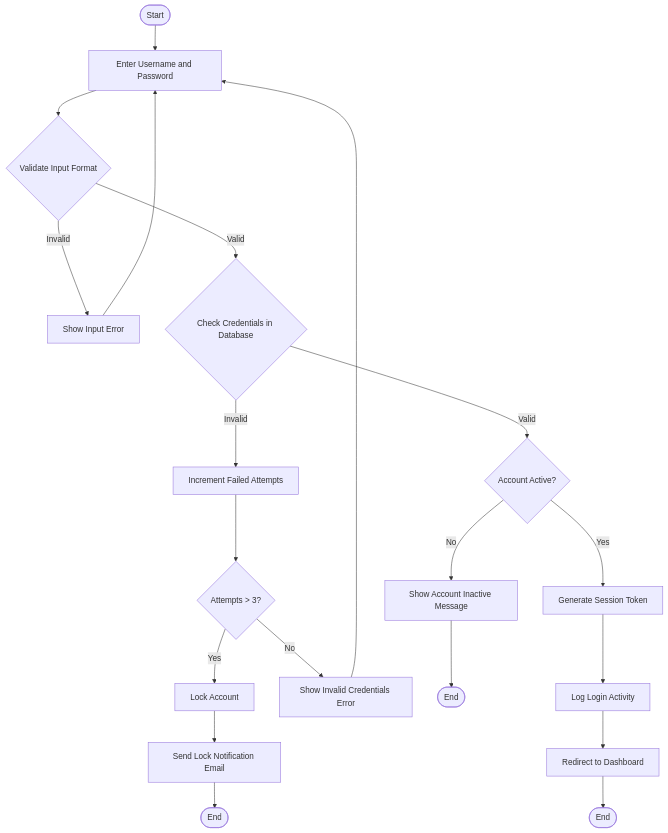
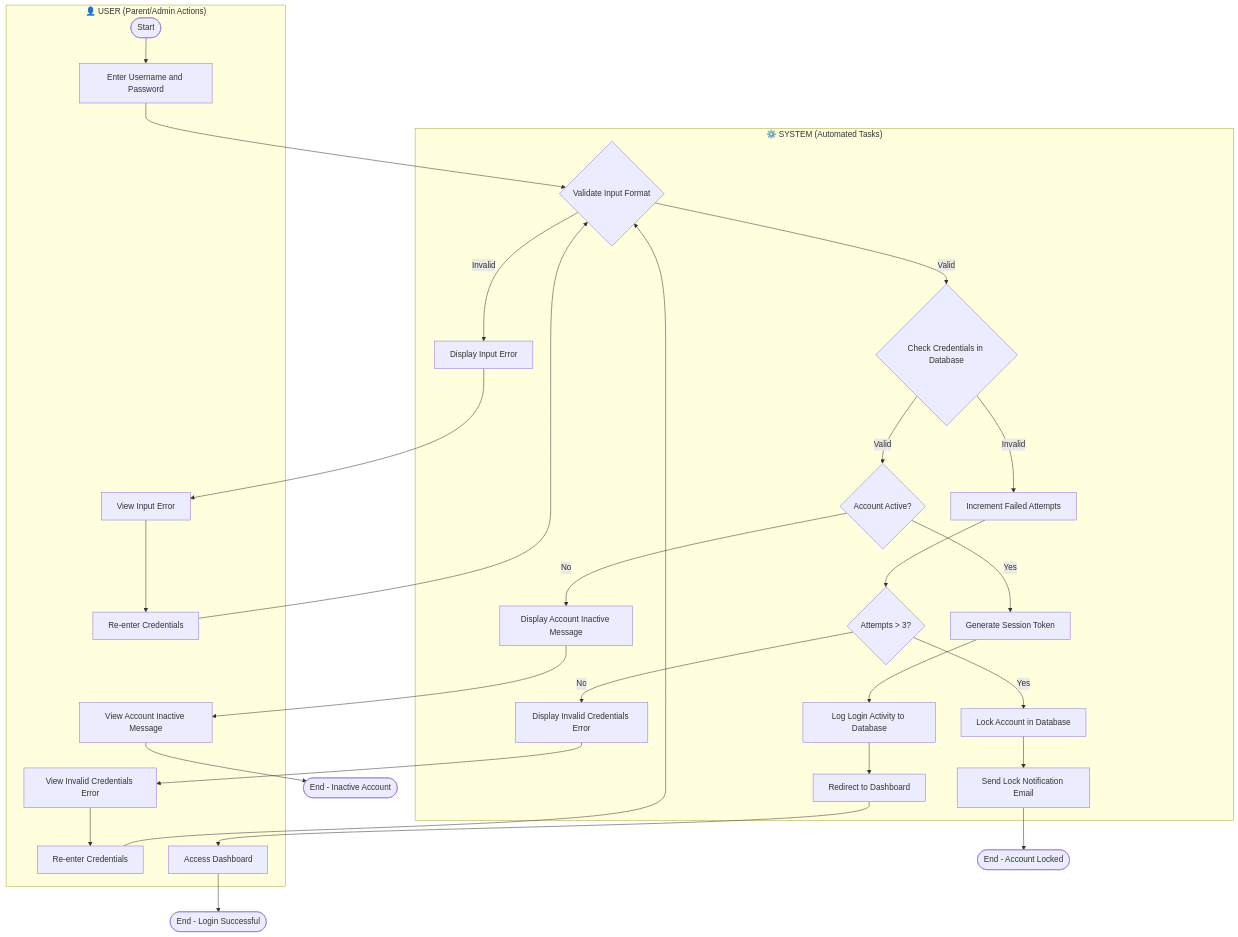
One commit to TongYwen/childfyp5 changed the seventh of 18 diagrams in diagrams.md. Above: the diagram before and after it, drawn with Mermaid. The commit also changed other lines of this file, not shown here.

First line of the commit message:
Add swimlanes to all activity diagrams (4.2.1-4.2.6) to distinguish user vs system tasks

````diff
--- a/diagrams.md
+++ b/diagrams.md
@@ -253,22 +253,59 @@
 ```mermaid
 flowchart TD
-    Start([Start]) --> EnterCredentials[Enter Username and Password]
-    EnterCredentials --> ValidateInput{Validate Input Format}
-    ValidateInput -->|Invalid| ShowError1[Show Input Error]
-    ShowError1 --> EnterCredentials
-    ValidateInput -->|Valid| CheckCredentials{Check Credentials in Database}
-    CheckCredentials -->|Invalid| IncrementAttempts[Increment Failed Attempts]
-    IncrementAttempts --> CheckAttempts{Attempts > 3?}
-    CheckAttempts -->|Yes| LockAccount[Lock Account]
-    LockAccount --> SendLockNotification[Send Lock Notification Email]
-    SendLockNotification --> End1([End])
-    CheckAttempts -->|No| ShowError2[Show Invalid Credentials Error]
-    ShowError2 --> EnterCredentials
-    CheckCredentials -->|Valid| CheckAccountStatus{Account Active?}
-    CheckAccountStatus -->|No| ShowInactive[Show Account Inactive Message]
-    ShowInactive --> End2([End])
-    CheckAccountStatus -->|Yes| GenerateToken[Generate Session Token]
-    GenerateToken --> LogActivity[Log Login Activity]
-    LogActivity --> RedirectDashboard[Redirect to Dashboard]
-    RedirectDashboard --> End3([End])
+    subgraph User["👤 USER (Parent/Admin Actions)"]
+        Start([Start])
+        EnterCred[Enter Username and Password]
+        ReEnter1[Re-enter Credentials]
+        ReEnter2[Re-enter Credentials]
+        ViewError[View Input Error]
+        ViewInvalidError[View Invalid Credentials Error]
+        ViewInactive[View Account Inactive Message]
+        ViewDashboard[Access Dashboard]
+    end
+
+    subgraph System["⚙️ SYSTEM (Automated Tasks)"]
+        ValidateInput{Validate Input Format}
+        ShowError1[Display Input Error]
+        CheckCreds{Check Credentials in Database}
+        IncrementAttempts[Increment Failed Attempts]
+        CheckAttempts{Attempts > 3?}
+        LockAccount[Lock Account in Database]
+        SendLockEmail[Send Lock Notification Email]
+        ShowError2[Display Invalid Credentials Error]
+        CheckStatus{Account Active?}
+        ShowInactive[Display Account Inactive Message]
+        GenerateToken[Generate Session Token]
+        LogActivity[Log Login Activity to Database]
+        Redirect[Redirect to Dashboard]
+    end
+
+    Start --> EnterCred
+    EnterCred --> ValidateInput
+    ValidateInput -->|Invalid| ShowError1
+    ShowError1 --> ViewError
+    ViewError --> ReEnter1
+    ReEnter1 --> ValidateInput
+
+    ValidateInput -->|Valid| CheckCreds
+    CheckCreds -->|Invalid| IncrementAttempts
+    IncrementAttempts --> CheckAttempts
+    CheckAttempts -->|Yes| LockAccount
+    LockAccount --> SendLockEmail
+    SendLockEmail --> End1([End - Account Locked])
+
+    CheckAttempts -->|No| ShowError2
+    ShowError2 --> ViewInvalidError
+    ViewInvalidError --> ReEnter2
+    ReEnter2 --> ValidateInput
+
+    CheckCreds -->|Valid| CheckStatus
+    CheckStatus -->|No| ShowInactive
+    ShowInactive --> ViewInactive
+    ViewInactive --> End2([End - Inactive Account])
+
+    CheckStatus -->|Yes| GenerateToken
+    GenerateToken --> LogActivity
+    LogActivity --> Redirect
+    Redirect --> ViewDashboard
+    ViewDashboard --> End3([End - Login Successful])
 ```
````
